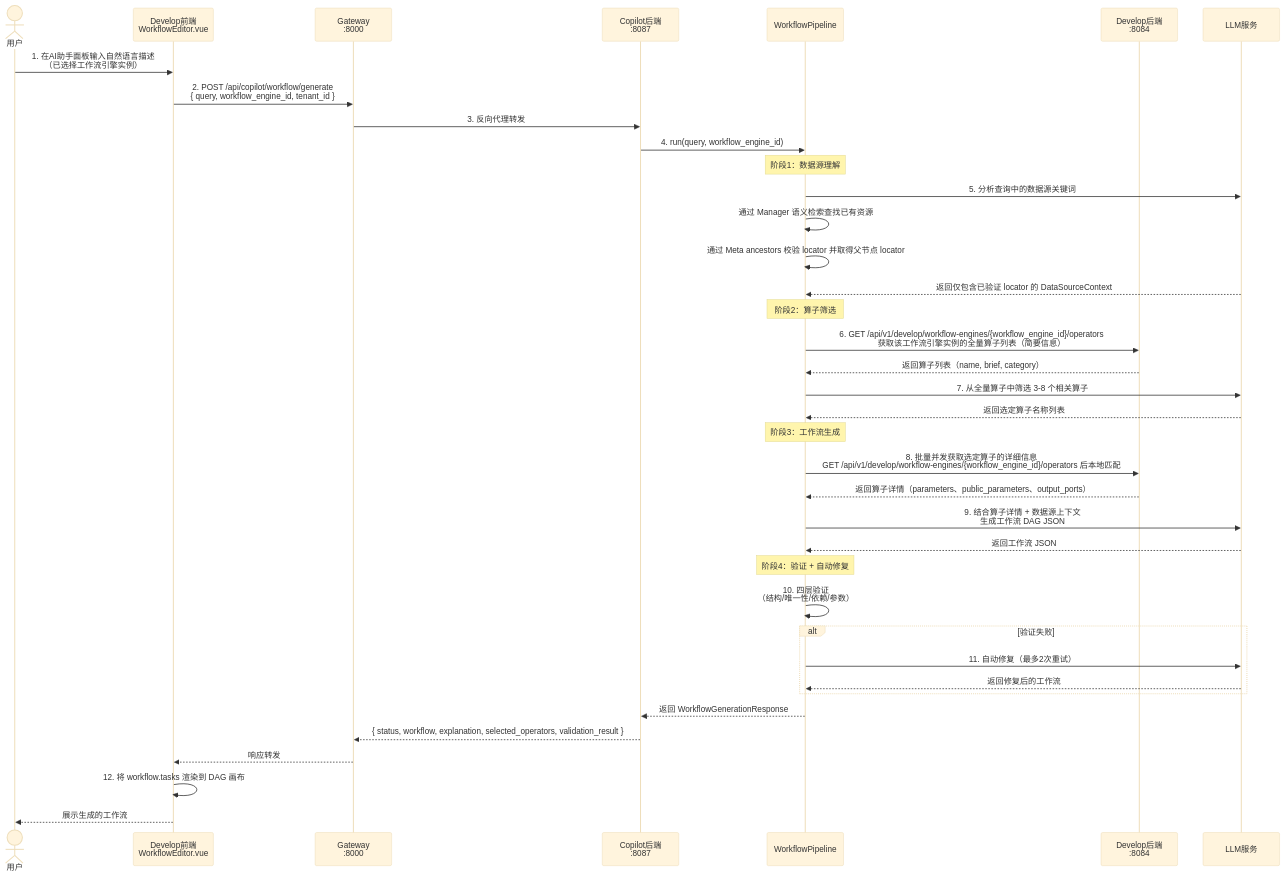
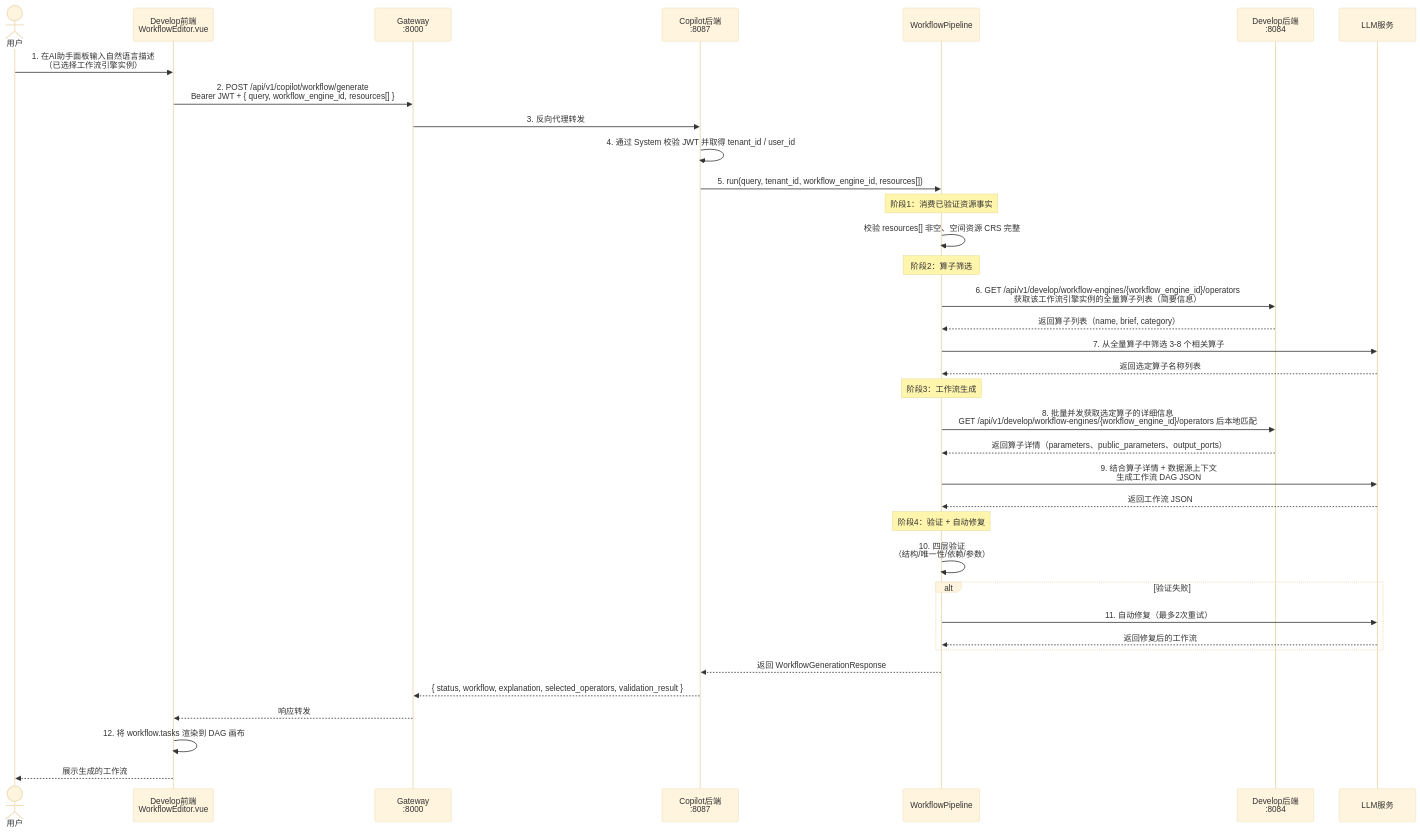
The first of 3 diagrams in copilot/docs/copilot-develop-调用关系说明.md (pampa0629/addp), drawn with Mermaid (base theme) before and after one commit. The commit also changed other lines of this file and 377 other files, not shown here.

````diff
--- a/copilot/docs/copilot-develop-调用关系说明.md
+++ b/copilot/docs/copilot-develop-调用关系说明.md
@@ -31,46 +31,44 @@
 ```mermaid
 sequenceDiagram
     actor User as 用户
     participant FE as Develop前端<br/>WorkflowEditor.vue
     participant GW as Gateway<br/>:8000
     participant Copilot as Copilot后端<br/>:8087
     participant Pipeline as WorkflowPipeline
     participant DevBE as Develop后端<br/>:8084
     participant LLM as LLM服务
 
     User->>FE: 1. 在AI助手面板输入自然语言描述<br/>（已选择工作流引擎实例）
-    FE->>GW: 2. POST /api/copilot/workflow/generate<br/>{ query, workflow_engine_id, tenant_id }
+    FE->>GW: 2. POST /api/v1/copilot/workflow/generate<br/>Bearer JWT + { query, workflow_engine_id, resources[] }
     GW->>Copilot: 3. 反向代理转发
-    Copilot->>Pipeline: 4. run(query, workflow_engine_id)
+    Copilot->>Copilot: 4. 通过 System 校验 JWT 并取得 tenant_id / user_id
+    Copilot->>Pipeline: 5. run(query, tenant_id, workflow_engine_id, resources[])
 
-    note over Pipeline: 阶段1：数据源理解
-    Pipeline->>LLM: 5. 分析查询中的数据源关键词
-    Pipeline->>Pipeline: 通过 Manager 语义检索查找已有资源
-    Pipeline->>Pipeline: 通过 Meta ancestors 校验 locator 并取得父节点 locator
-    LLM-->>Pipeline: 返回仅包含已验证 locator 的 DataSourceContext
+    note over Pipeline: 阶段1：消费已验证资源事实
+    Pipeline->>Pipeline: 校验 resources[] 非空、空间资源 CRS 完整
 
     note over Pipeline: 阶段2：算子筛选
     Pipeline->>DevBE: 6. GET /api/v1/develop/workflow-engines/{workflow_engine_id}/operators<br/>获取该工作流引擎实例的全量算子列表（简要信息）
     DevBE-->>Pipeline: 返回算子列表（name, brief, category）
     Pipeline->>LLM: 7. 从全量算子中筛选 3-8 个相关算子
     LLM-->>Pipeline: 返回选定算子名称列表
 
     note over Pipeline: 阶段3：工作流生成
     Pipeline->>DevBE: 8. 批量并发获取选定算子的详细信息<br/>GET /api/v1/develop/workflow-engines/{workflow_engine_id}/operators 后本地匹配
     DevBE-->>Pipeline: 返回算子详情（parameters、public_parameters、output_ports）
     Pipeline->>LLM: 9. 结合算子详情 + 数据源上下文<br/>生成工作流 DAG JSON
     LLM-->>Pipeline: 返回工作流 JSON
 
     note over Pipeline: 阶段4：验证 + 自动修复
     Pipeline->>Pipeline: 10. 四层验证<br/>（结构/唯一性/依赖/参数）
     alt 验证失败
         Pipeline->>LLM: 11. 自动修复（最多2次重试）
         LLM-->>Pipeline: 返回修复后的工作流
     end
 
     Pipeline-->>Copilot: 返回 WorkflowGenerationResponse
     Copilot-->>GW: { status, workflow, explanation, selected_operators, validation_result }
     GW-->>FE: 响应转发
     FE->>FE: 12. 将 workflow.tasks 渲染到 DAG 画布
     FE-->>User: 展示生成的工作流
 ```
````
